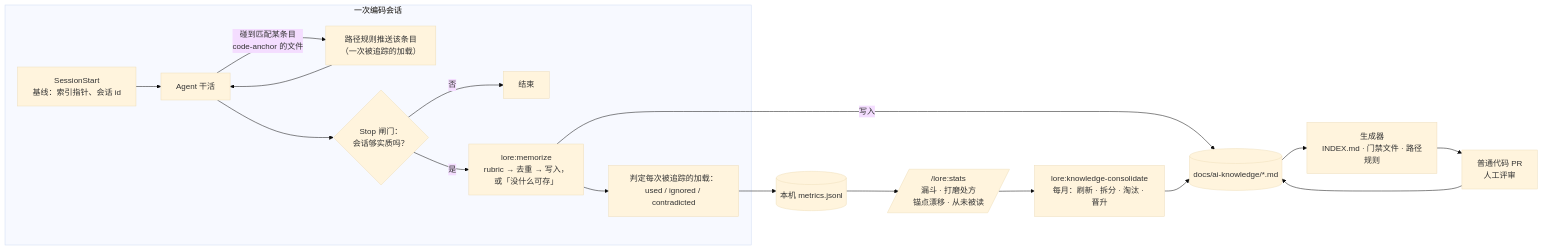
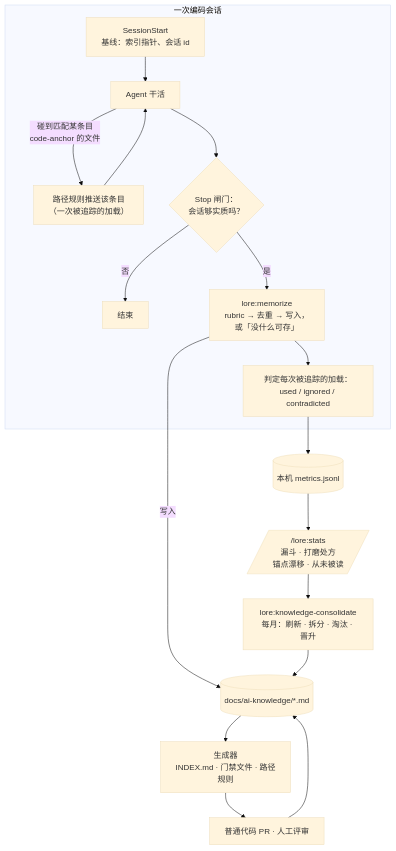
Before and after one commit to notverysalty/lore-plugin: the diagram in README.zh-CN.md, drawn with Mermaid (base theme). The commit also changed 1 other file, not shown here.

Commit message:
docs: lay the How-it-works diagram out top-down
Left-to-right, the 14-node flow rendered as a thin strip at README width with
unreadable labels. Top-down keeps every label legible in the README column.

````diff
--- a/README.zh-CN.md
+++ b/README.zh-CN.md
@@ -23,20 +23,20 @@
 ```mermaid
-flowchart LR
+flowchart TB
   subgraph session["一次编码会话"]
     A["SessionStart<br/>基线：索引指针、会话 id"] --> B["Agent 干活"]
     B -->|"碰到匹配某条目<br/>code-anchor 的文件"| C["路径规则推送该条目<br/>（一次被追踪的加载）"]
     C --> B
     B --> D{"Stop 闸门：<br/>会话够实质吗？"}
     D -->|否| E["结束"]
     D -->|是| F["lore:memorize<br/>rubric → 去重 → 写入，<br/>或「没什么可存」"]
     F --> G["判定每次被追踪的加载：<br/>used / ignored / contradicted"]
   end
   F -->|写入| K[("docs/ai-knowledge/*.md")]
   K --> H["生成器<br/>INDEX.md · 门禁文件 · 路径规则"]
-  H --> I["普通代码 PR<br/>人工评审"]
+  H --> I["普通代码 PR · 人工评审"]
   I --> K
   G --> M[("本机 metrics.jsonl")]
   M --> S[/"/lore:stats<br/>漏斗 · 打磨处方<br/>锚点漂移 · 从未被读"/]
   S --> N["lore:knowledge-consolidate<br/>每月：刷新 · 拆分 · 淘汰 · 晋升"]
   N --> K
 ```
````
